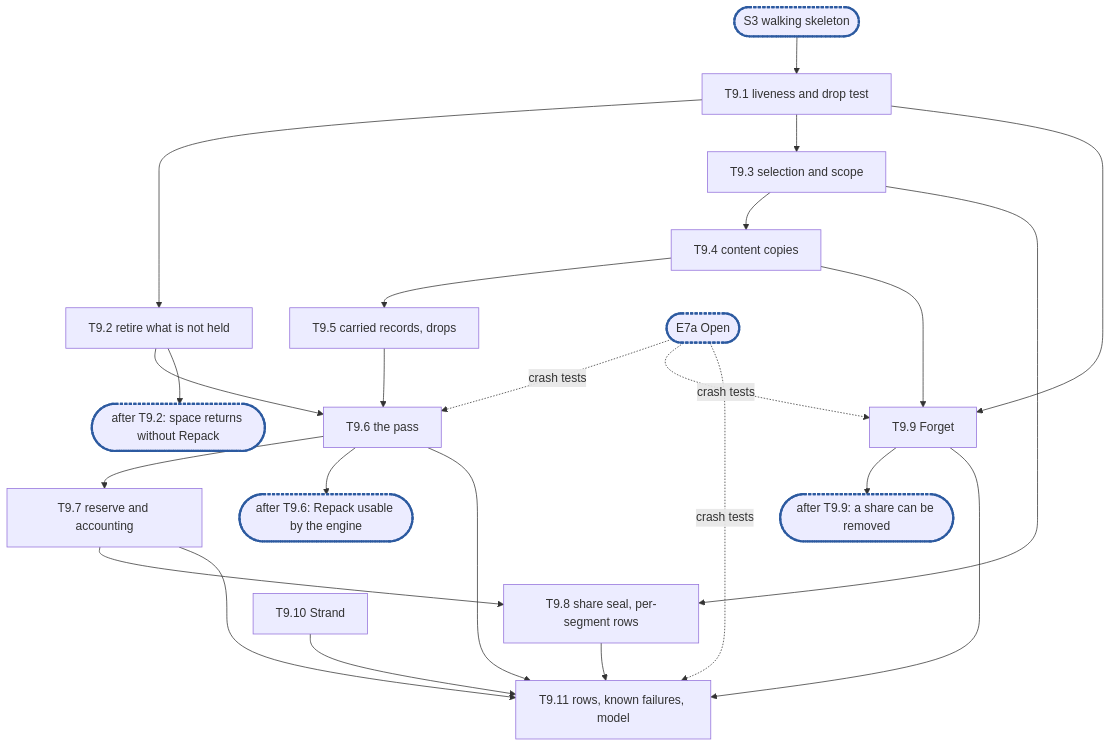
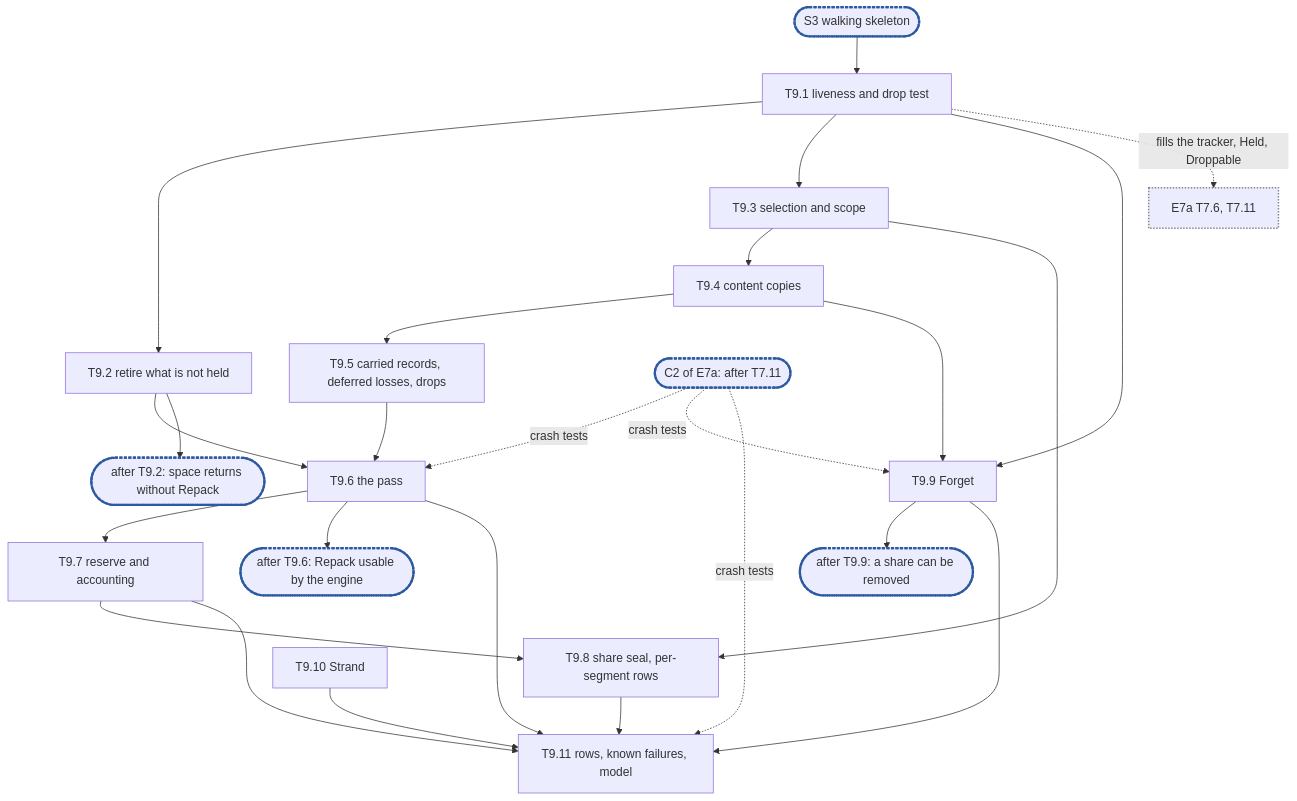
Before and after one commit to marmos91/dittofs: the diagram in docs/internals/planning/rfc-1-journal-epic9a.md, drawn with Mermaid. The commit also changed other lines of this file and 1 other file, not shown here.

````diff
--- a/docs/internals/planning/rfc-1-journal-epic9a.md
+++ b/docs/internals/planning/rfc-1-journal-epic9a.md
@@ -810,23 +961,25 @@
 ```mermaid
 flowchart TD
   S3(["S3 walking skeleton"]):::sync --> T1["T9.1 liveness and drop test"]
   T1 --> T2["T9.2 retire what is not held"]
   T1 --> T3["T9.3 selection and scope"]
   T3 --> T4["T9.4 content copies"]
-  T4 --> T5["T9.5 carried records, drops"]
+  T4 --> T5["T9.5 carried records, deferred losses, drops"]
   T5 --> T6["T9.6 the pass"]
   T2 --> T6
   T6 --> T7["T9.7 reserve and accounting"]
   T3 & T7 --> T8["T9.8 share seal, per-segment rows"]
   T1 & T4 --> T9["T9.9 Forget"]
   T10["T9.10 Strand"]
   C1(["after T9.2: space returns without Repack"]):::sync
   C2(["after T9.6: Repack usable by the engine"]):::sync
   C3(["after T9.9: a share can be removed"]):::sync
   T2 --> C1
   T6 --> C2
   T9 --> C3
   T6 & T7 & T8 & T9 & T10 --> T11["T9.11 rows, known failures, model"]
-  E7A(["E7a Open"]):::sync -. "crash tests" .-> T6 & T9 & T11
+  T1 -. "fills the tracker, Held, Droppable" .-> E7A6["E7a T7.6, T7.11"]:::ext
+  E7AC2(["C2 of E7a: after T7.11"]):::sync -. "crash tests" .-> T6 & T9 & T11
   classDef sync stroke:#2c5aa0,stroke-width:3px,stroke-dasharray:4 2
+  classDef ext stroke:#888,stroke-width:2px,stroke-dasharray:2 2
 ```
````
